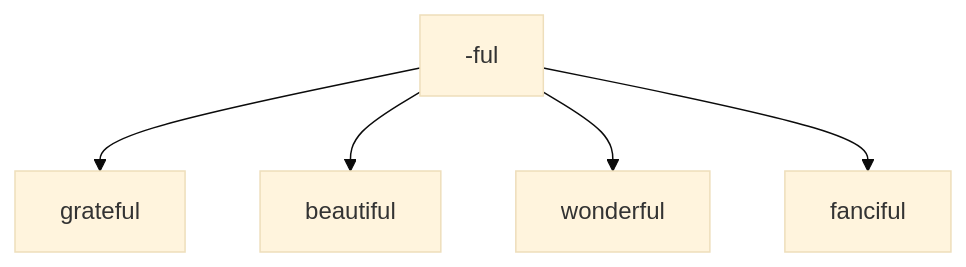
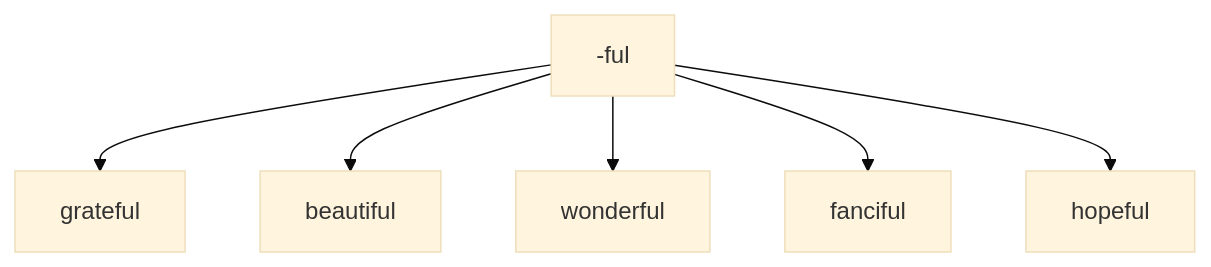
The sixth of 6 diagrams in adjectives_suffixes.md (pleabargain/EnglishHelpsYourCareer), drawn with Mermaid (base theme) before and after one commit. The commit also changed other lines of this file, not shown here.

````diff
--- a/adjectives_suffixes.md
+++ b/adjectives_suffixes.md
@@ -76,6 +77,10 @@
 ```mermaid
 graph TD;
 
--ful--> grateful; -ful-->  beautiful; -ful-->  wonderful; -ful-->  fanciful
+-ful--> grateful; 
+-ful-->  beautiful; 
+-ful-->  wonderful; 
+-ful-->  fanciful;
+-ful-->  hopeful;
 
 ```
````
